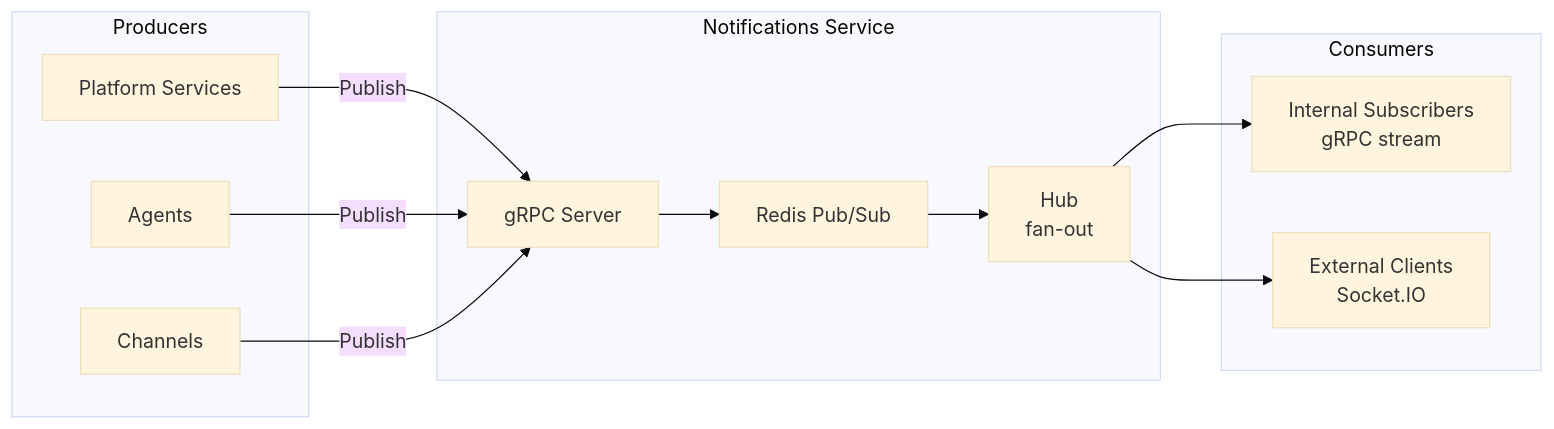
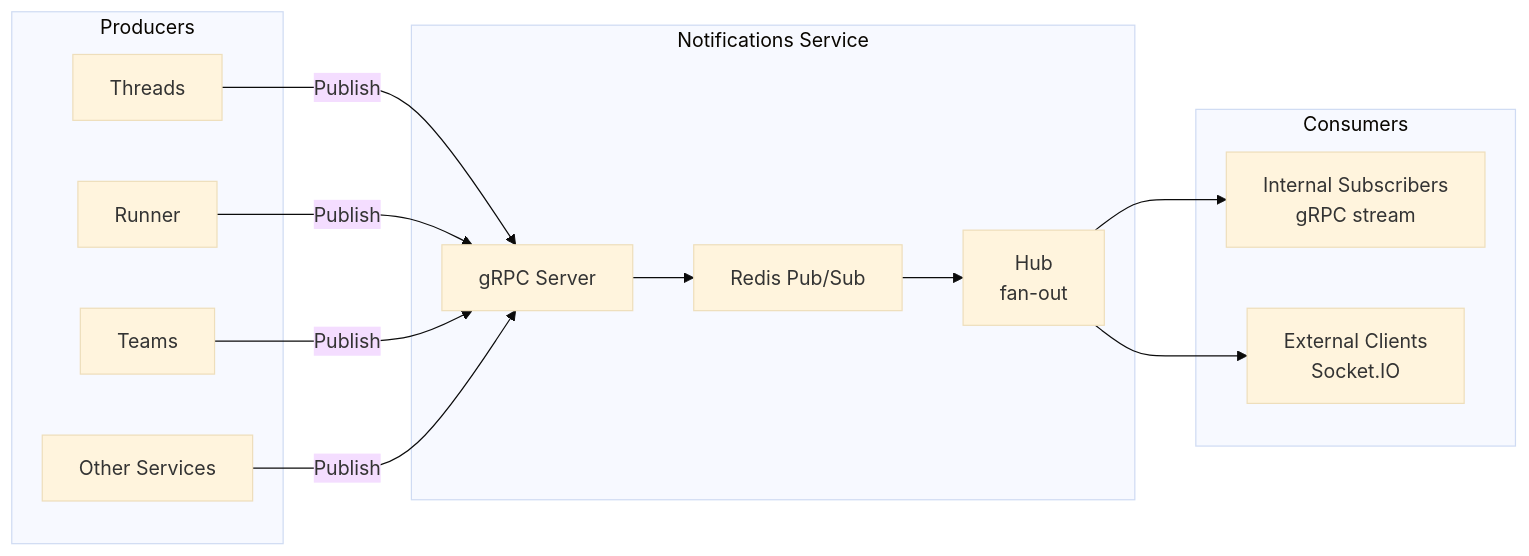
The diagram in architecture/notifications.md (agynio/architecture), drawn with Mermaid (base theme) before and after one commit. The commit also changed other lines of this file and 9 other files, not shown here.

````diff
--- a/architecture/notifications.md
+++ b/architecture/notifications.md
@@ -9,25 +11,26 @@
 ```mermaid
 graph LR
     subgraph Producers
-        PS[Platform Services]
-        Agents
-        Ch[Channels]
+        Threads
+        Runner
+        Teams
+        Other[Other Services]
     end
 
     subgraph Notifications Service
         Server[gRPC Server]
         Redis[Redis Pub/Sub]
         Hub[Hub<br/>fan-out]
     end
 
     subgraph Consumers
         IntSub[Internal Subscribers<br/>gRPC stream]
         ExtSub[External Clients<br/>Socket.IO]
     end
 
-    PS & Agents & Ch -->|Publish| Server
+    Threads & Runner & Teams & Other -->|Publish| Server
     Server --> Redis
     Redis --> Hub
     Hub --> IntSub
     Hub --> ExtSub
 ```
````
